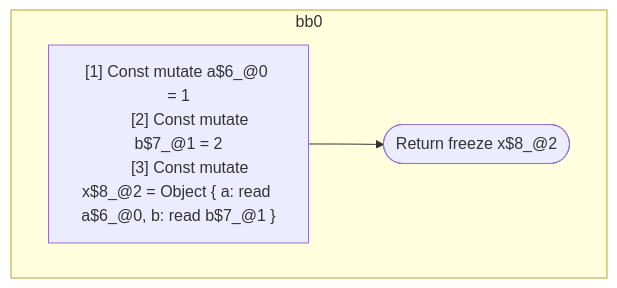
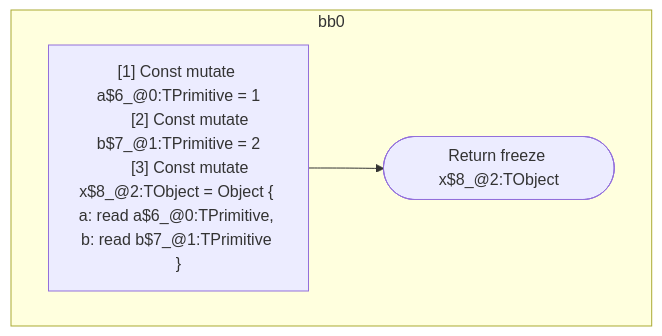
One commit to wutsmog/private changed the diagram in compiler/forget/src/__tests__/fixtures/hir/ssa-objectexpression.expect.md. Above: the diagram before and after it, drawn with Mermaid. The commit also changed other lines of this file and 112 other files, not shown here.

````diff
--- a/compiler/forget/src/__tests__/fixtures/hir/ssa-objectexpression.expect.md
+++ b/compiler/forget/src/__tests__/fixtures/hir/ssa-objectexpression.expect.md
@@ -45,15 +45,15 @@
 ```mermaid
 flowchart TB
   %% Basic Blocks
   subgraph bb0
     bb0_instrs["
-      [1] Const mutate a$6_@0 = 1
-      [2] Const mutate b$7_@1 = 2
-      [3] Const mutate x$8_@2 = Object { a: read a$6_@0, b: read b$7_@1 }
+      [1] Const mutate a$6_@0:TPrimitive = 1
+      [2] Const mutate b$7_@1:TPrimitive = 2
+      [3] Const mutate x$8_@2:TObject = Object { a: read a$6_@0:TPrimitive, b: read b$7_@1:TPrimitive }
     "]
-    bb0_instrs --> bb0_terminal(["Return freeze x$8_@2"])
+    bb0_instrs --> bb0_terminal(["Return freeze x$8_@2:TObject"])
   end
 
   %% Jumps
   %% empty
 ```
````
